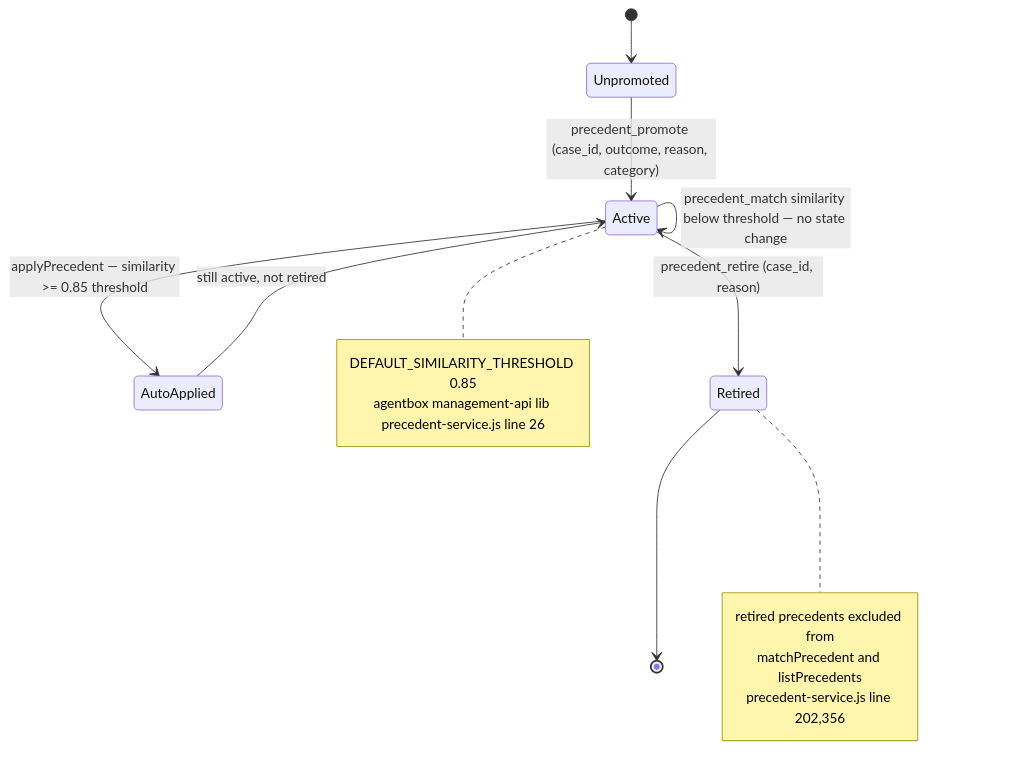
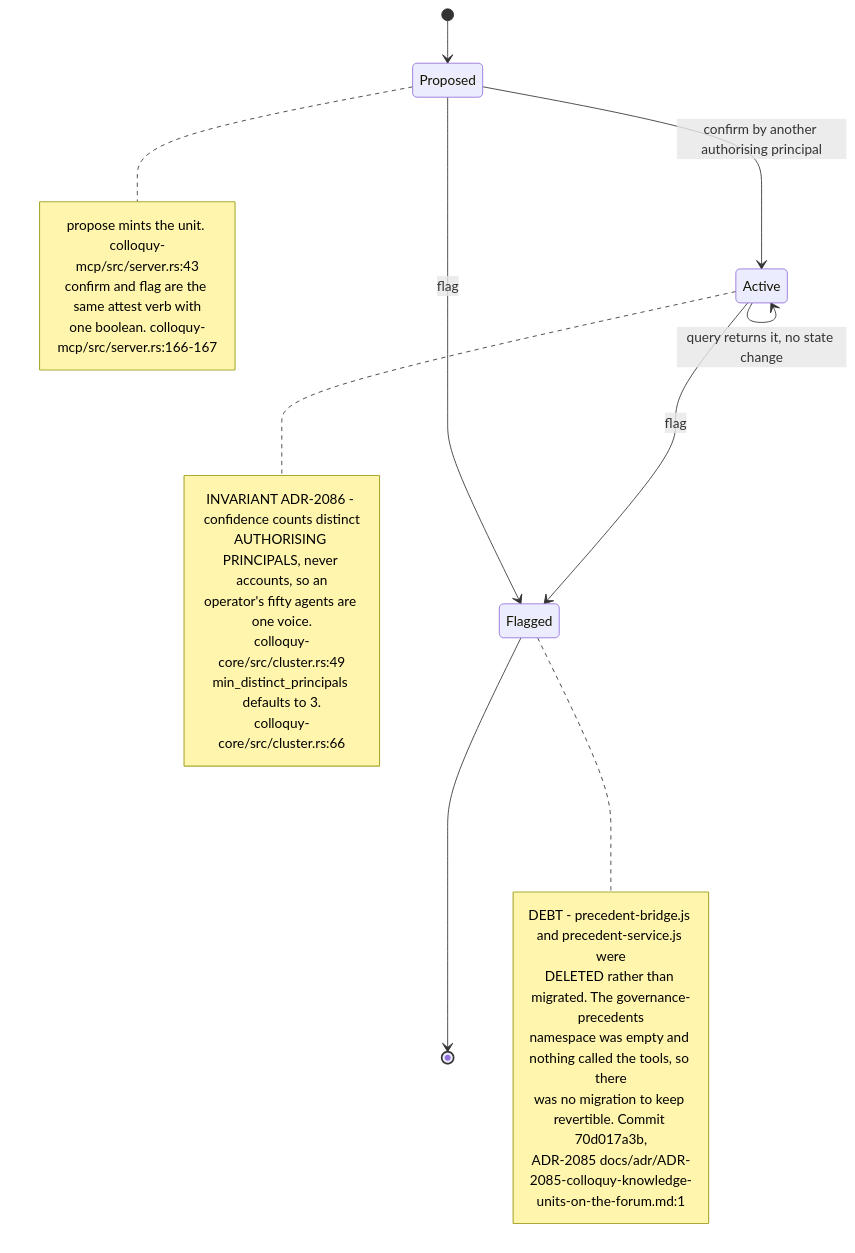
Before and after one commit to DreamLab-AI/VisionFlow: the seventh of 14 diagrams in docs/diagrams/agentbox/22-skills-and-routing.md, drawn with Mermaid. The commit also changed other lines of this file and 28 other files, not shown here.

````diff
--- a/docs/diagrams/agentbox/22-skills-and-routing.md
+++ b/docs/diagrams/agentbox/22-skills-and-routing.md
@@ -227,19 +251,29 @@
 ```mermaid
 stateDiagram-v2
-    [*] --> Unpromoted
-    Unpromoted --> Active: precedent_promote (case_id, outcome, reason, category)
-    Active --> Active: precedent_match similarity below threshold — no state change
-    Active --> AutoApplied: applyPrecedent — similarity >= 0.85 threshold
-    Active --> Retired: precedent_retire (case_id, reason)
-    AutoApplied --> Active: still active, not retired
-    Retired --> [*]
+    [*] --> Proposed
+    Proposed --> Active: confirm by another authorising principal
+    Proposed --> Flagged: flag
+    Active --> Active: query returns it, no state change
+    Active --> Flagged: flag
+    Flagged --> [*]
+    note right of Proposed
+        propose mints the unit. colloquy-mcp/src/server.rs:43
+        confirm and flag are the same attest verb with
+        one boolean. colloquy-mcp/src/server.rs:166-167
+    end note
     note right of Active
-        DEFAULT_SIMILARITY_THRESHOLD 0.85
-        agentbox management-api lib precedent-service.js line 26
+        INVARIANT ADR-2086 - confidence counts distinct
+        AUTHORISING PRINCIPALS, never accounts, so an
+        operator's fifty agents are one voice.
+        colloquy-core/src/cluster.rs:49
+        min_distinct_principals defaults to 3.
+        colloquy-core/src/cluster.rs:66
     end note
-    note right of Retired
-        retired precedents excluded from
-        matchPrecedent and listPrecedents
-        precedent-service.js line 202,356
+    note right of Flagged
+        DEBT - precedent-bridge.js and precedent-service.js were
+        DELETED rather than migrated. The governance-precedents
+        namespace was empty and nothing called the tools, so there
+        was no migration to keep revertible. Commit 70d017a3b,
+        ADR-2085 docs/adr/ADR-2085-colloquy-knowledge-units-on-the-forum.md:1
     end note
 ```
````
